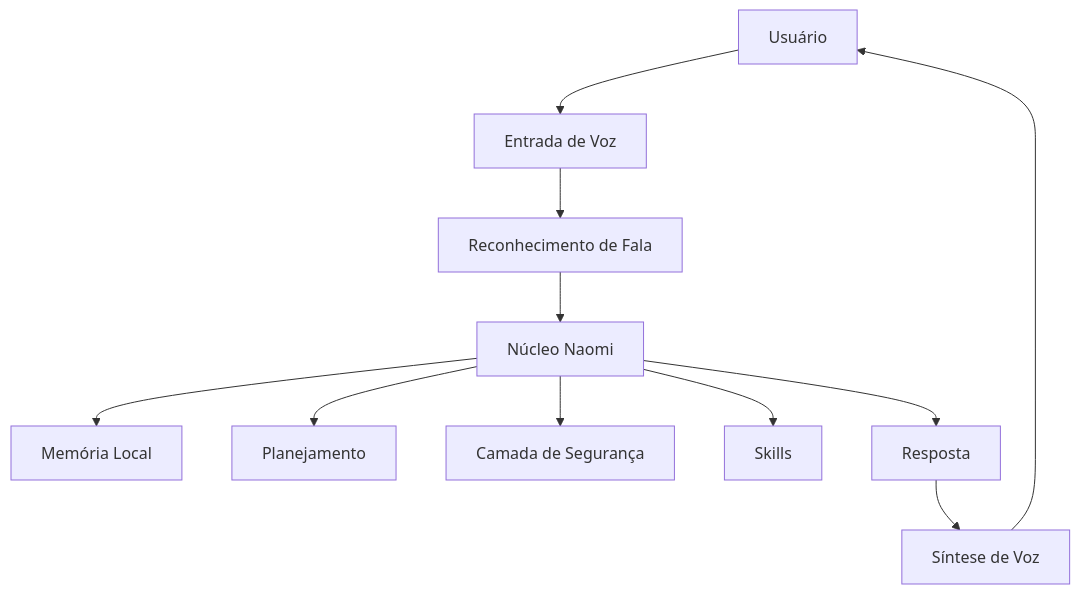
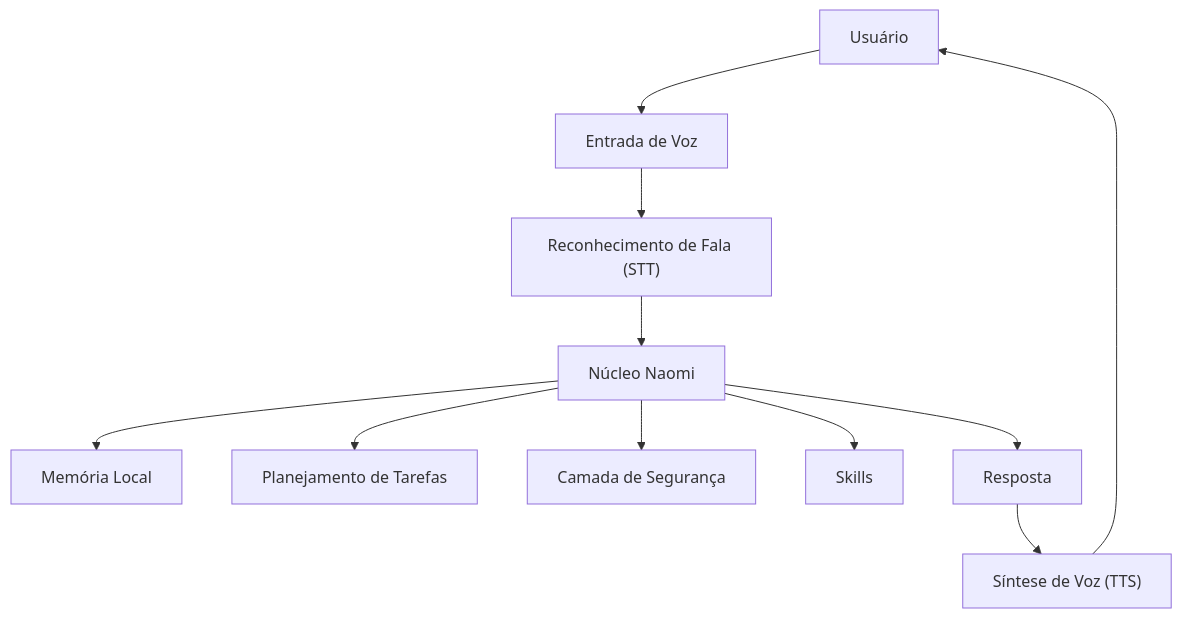
Before and after one commit to RyzenFox/naomi-ai-public: the diagram in README.md, drawn with Mermaid. The commit also changed other lines of this file, not shown here.

````diff
--- a/README.md
+++ b/README.md
@@ -55,13 +93,13 @@
-~~~mermaid
+```mermaid
 flowchart TD
     User["Usuário"] --> Audio["Entrada de Voz"]
-    Audio --> STT["Reconhecimento de Fala"]
+    Audio --> STT["Reconhecimento de Fala (STT)"]
     STT --> Core["Núcleo Naomi"]
     Core --> Memory["Memória Local"]
-    Core --> Planner["Planejamento"]
+    Core --> Planner["Planejamento de Tarefas"]
     Core --> Safety["Camada de Segurança"]
     Core --> Skills["Skills"]
     Core --> Response["Resposta"]
-    Response --> TTS["Síntese de Voz"]
+    Response --> TTS["Síntese de Voz (TTS)"]
     TTS --> User
-~~~
+```
````
